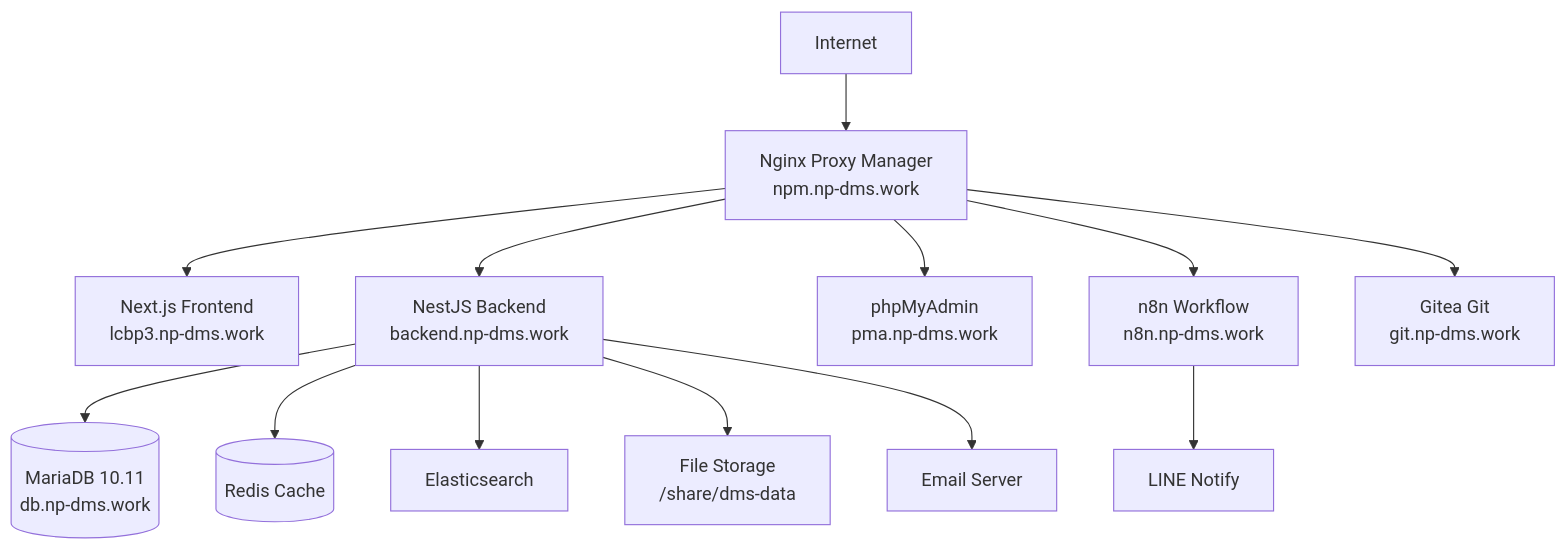
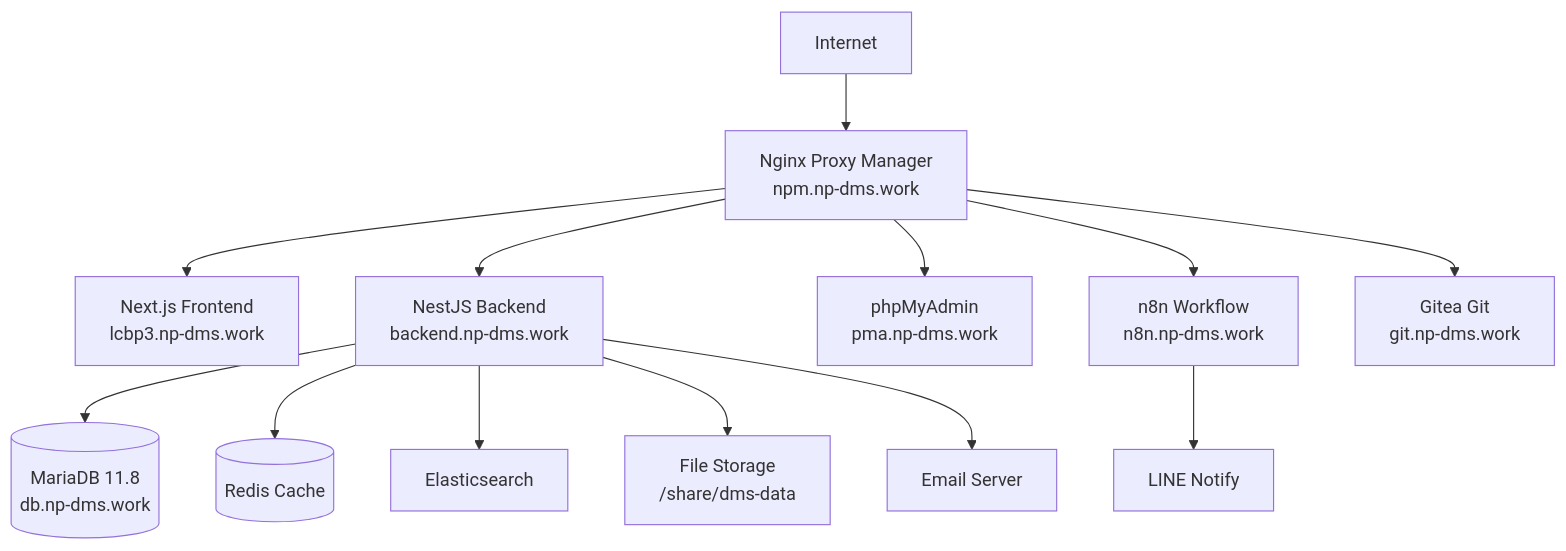
Before and after one commit to peancharoen/lcbp3: the first of 8 diagrams in specs/02-architecture/system-architecture.md, drawn with Mermaid. The commit also changed other lines of this file and 19 other files, not shown here.

Commit message:
251207:0048 Update Schema & Data dictionary/ Login PASS

````diff
--- a/specs/02-architecture/system-architecture.md
+++ b/specs/02-architecture/system-architecture.md
@@ -53,17 +53,17 @@
 ```mermaid
 graph TB
     Internet[Internet] --> NPM[Nginx Proxy Manager<br/>npm.np-dms.work]
     NPM --> Frontend[Next.js Frontend<br/>lcbp3.np-dms.work]
     NPM --> Backend[NestJS Backend<br/>backend.np-dms.work]
     NPM --> PMA[phpMyAdmin<br/>pma.np-dms.work]
     NPM --> N8N[n8n Workflow<br/>n8n.np-dms.work]
     NPM --> Gitea[Gitea Git<br/>git.np-dms.work]
 
-    Backend --> MariaDB[(MariaDB 10.11<br/>db.np-dms.work)]
+    Backend --> MariaDB[(MariaDB 11.8<br/>db.np-dms.work)]
     Backend --> Redis[(Redis Cache)]
     Backend --> Elastic[Elasticsearch]
     Backend --> Storage[File Storage<br/>/share/dms-data]
 
     N8N --> Line[LINE Notify]
     Backend --> Email[Email Server]
 ```
````
